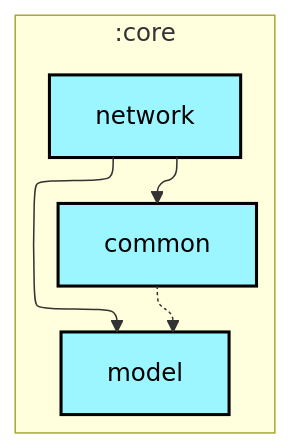
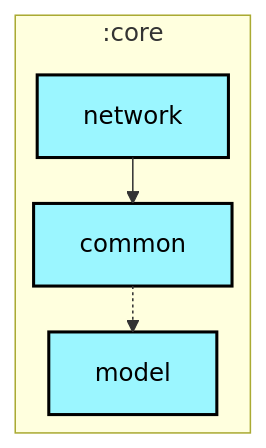
One commit to lihenggui/blocker changed the first of 2 diagrams in core/network/README.md. Above: the diagram before and after it, drawn with Mermaid. The commit also changed 29 other files, not shown here.

First line of the commit message:
Update module dependency graphs after boundary cleanup

````diff
--- a/core/network/README.md
+++ b/core/network/README.md
@@ -6,26 +6,25 @@
 ```mermaid
 ---
 config:
   layout: elk
   elk:
     nodePlacementStrategy: SIMPLE
 ---
 graph TB
   subgraph :core
     direction TB
     :core:common[common]:::android-library
     :core:model[model]:::android-library
     :core:network[network]:::android-library
   end
 
   :core:common -.-> :core:model
   :core:network --> :core:common
-  :core:network --> :core:model
 
 classDef android-application fill:#CAFFBF,stroke:#000,stroke-width:2px,color:#000;
 classDef android-feature fill:#FFD6A5,stroke:#000,stroke-width:2px,color:#000;
 classDef android-library fill:#9BF6FF,stroke:#000,stroke-width:2px,color:#000;
 classDef android-test fill:#A0C4FF,stroke:#000,stroke-width:2px,color:#000;
 classDef jvm-library fill:#BDB2FF,stroke:#000,stroke-width:2px,color:#000;
 classDef unknown fill:#FFADAD,stroke:#000,stroke-width:2px,color:#000;
 ```
````
